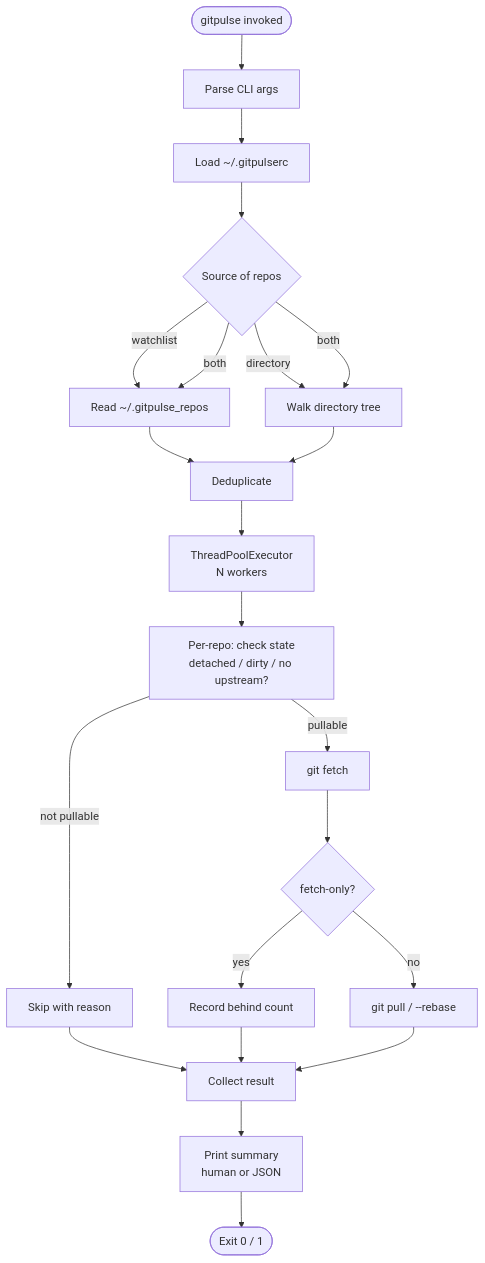
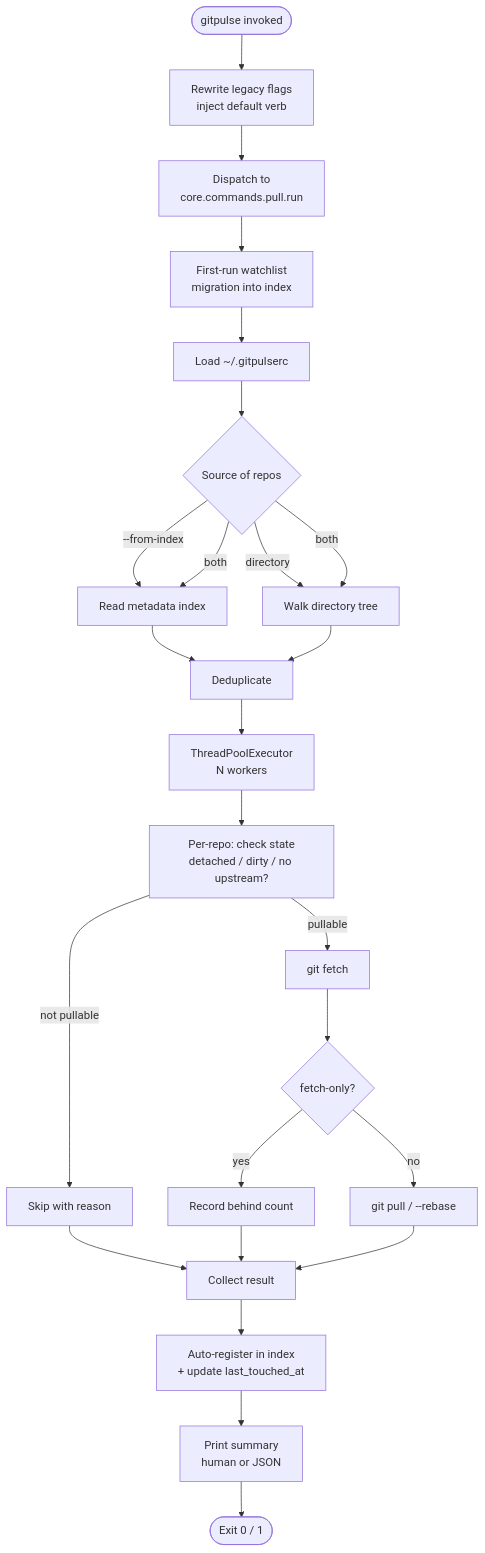
The third of 4 diagrams in README.md (prodrom3/gitpulse), drawn with Mermaid before and after one commit. The commit also changed other lines of this file and 19 other files, not shown here.

First line of the commit message:
Phase 1: metadata index and verb-first CLI (v2.1.0) (#1)

````diff
--- a/README.md
+++ b/README.md
@@ -460,24 +566,27 @@
 ```mermaid
 flowchart TD
-    start([gitpulse invoked]) --> parse[Parse CLI args]
-    parse --> rc[Load ~/.gitpulserc]
+    start([gitpulse invoked]) --> rewrite[Rewrite legacy flags<br/>inject default verb]
+    rewrite --> disp[Dispatch to<br/>core.commands.pull.run]
+    disp --> mig[First-run watchlist<br/>migration into index]
+    mig --> rc[Load ~/.gitpulserc]
     rc --> src{Source of repos}
-    src -->|watchlist| wl[Read ~/.gitpulse_repos]
+    src -->|--from-index| idx[Read metadata index]
     src -->|directory| scan[Walk directory tree]
-    src -->|both| wl
+    src -->|both| idx
     src -->|both| scan
-    wl --> dedup[Deduplicate]
+    idx --> dedup[Deduplicate]
     scan --> dedup
     dedup --> pool[ThreadPoolExecutor<br/>N workers]
     pool --> state[Per-repo: check state<br/>detached / dirty / no upstream?]
     state -->|not pullable| skip[Skip with reason]
     state -->|pullable| fetch[git fetch]
     fetch --> mode{fetch-only?}
     mode -->|yes| report[Record behind count]
     mode -->|no| pull[git pull / --rebase]
     skip --> collect[Collect result]
     report --> collect
     pull --> collect
-    collect --> summary[Print summary<br/>human or JSON]
+    collect --> register[Auto-register in index<br/>+ update last_touched_at]
+    register --> summary[Print summary<br/>human or JSON]
     summary --> done([Exit 0 / 1])
 ```
````
